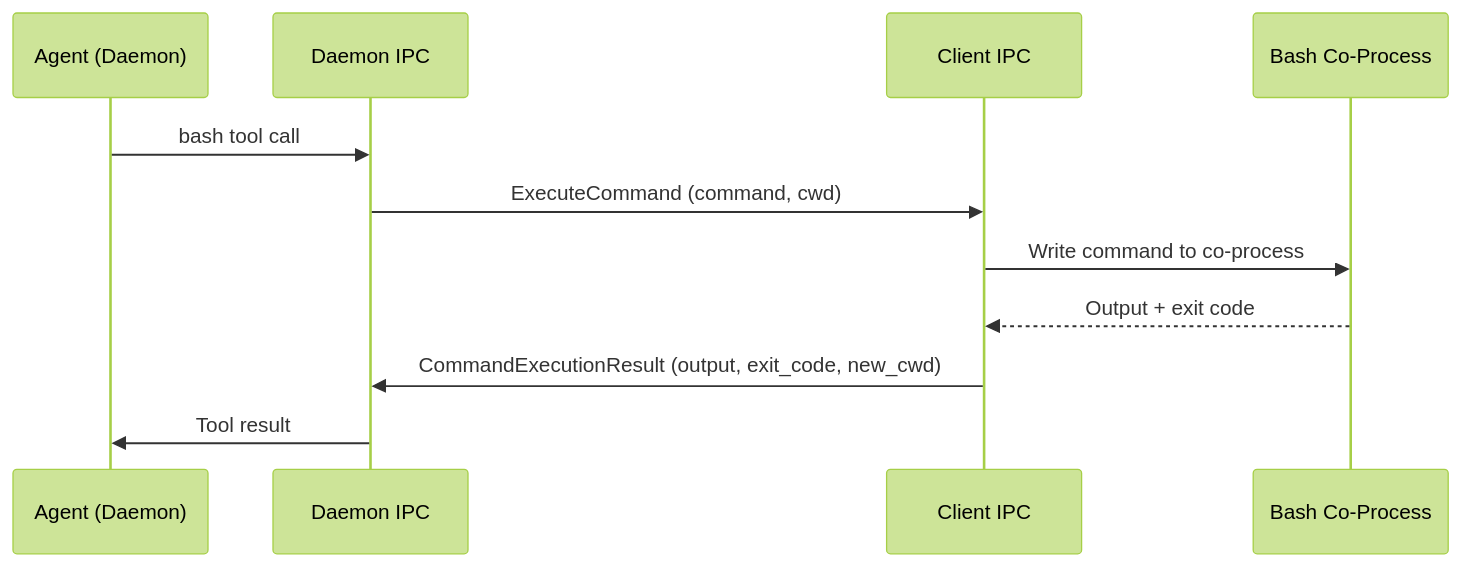
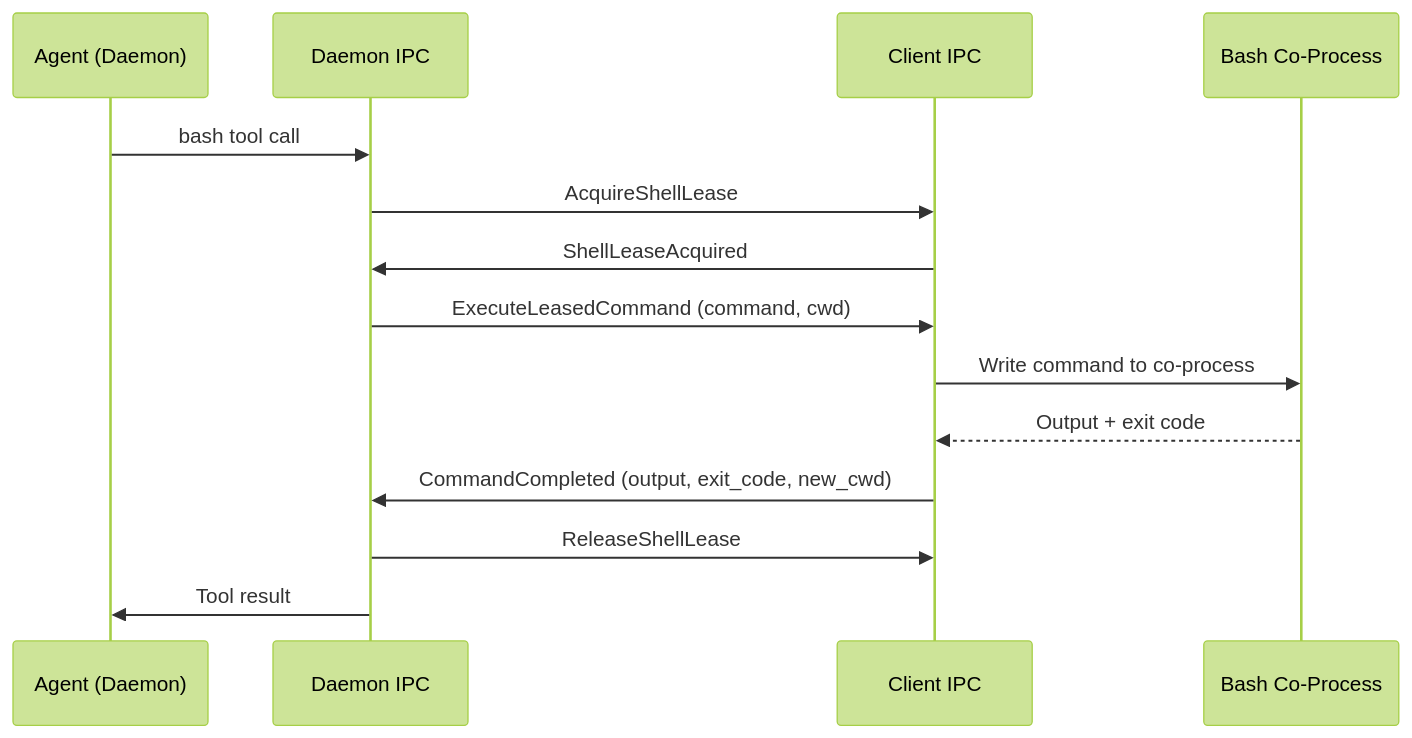
The third of 3 diagrams in website/src/content/docs/architecture/ipc-protocol.md (razorback16/codiv), drawn with Mermaid (forest theme) before and after one commit. The commit also changed other lines of this file and 12 other files, not shown here.

````diff
--- a/website/src/content/docs/architecture/ipc-protocol.md
+++ b/website/src/content/docs/architecture/ipc-protocol.md
@@ -78,14 +85,17 @@
 ```mermaid
 sequenceDiagram
     participant A as Agent (Daemon)
     participant D as Daemon IPC
     participant C as Client IPC
     participant S as Bash Co-Process
 
     A->>D: bash tool call
-    D->>C: ExecuteCommand (command, cwd)
+    D->>C: AcquireShellLease
+    C->>D: ShellLeaseAcquired
+    D->>C: ExecuteLeasedCommand (command, cwd)
     C->>S: Write command to co-process
     S-->>C: Output + exit code
-    C->>D: CommandExecutionResult (output, exit_code, new_cwd)
+    C->>D: CommandCompleted (output, exit_code, new_cwd)
+    D->>C: ReleaseShellLease
     D->>A: Tool result
 ```
````
